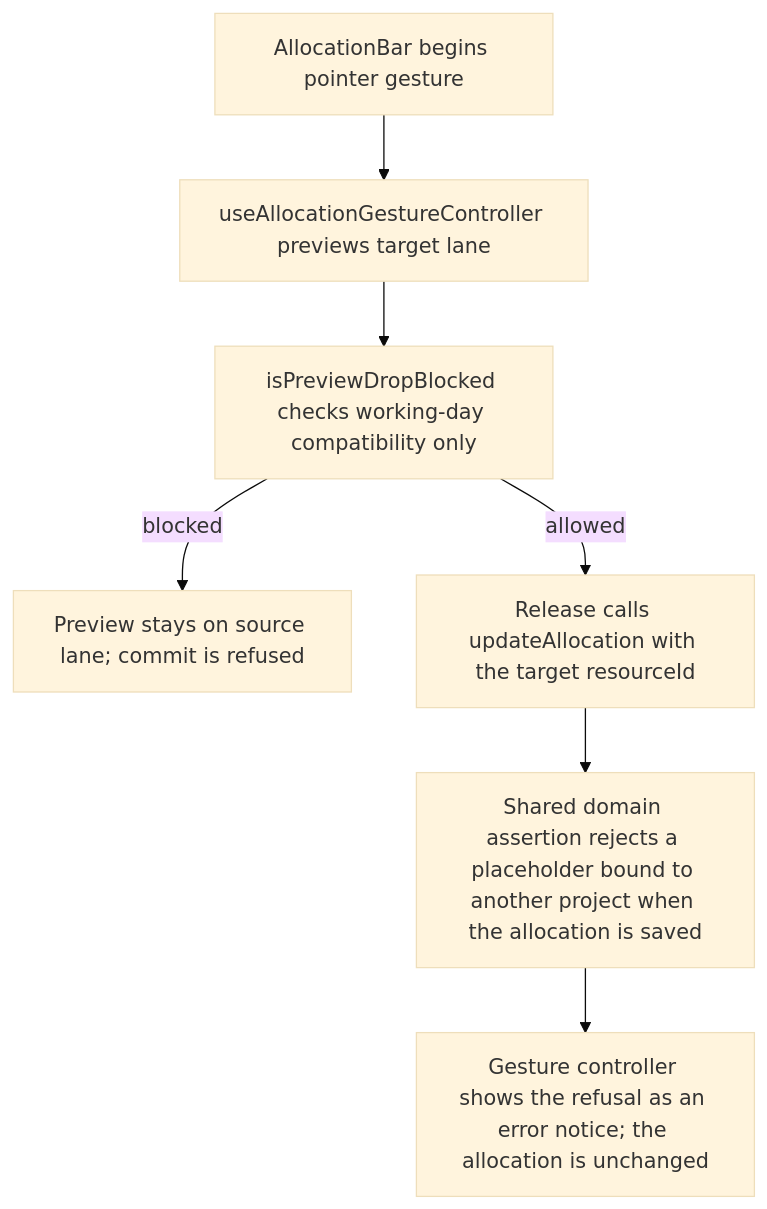
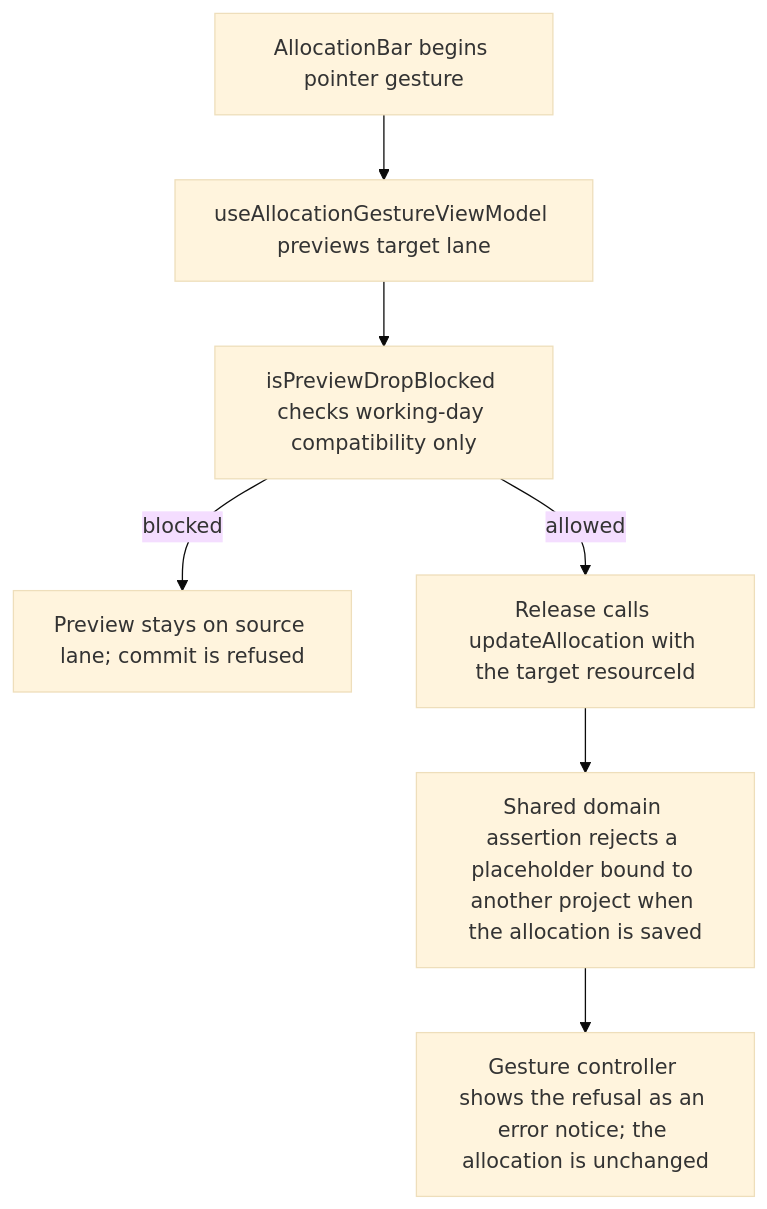
Before and after one commit to Kevinjohn/capacitylens: the second of 2 diagrams in user-stories/scheduler/US-SCH-07-placeholder-reassign-reject.md, drawn with Mermaid (base theme). The commit also changed other lines of this file and 33 other files, not shown here.

First line of the commit message:
Controller to view model: rename the screen hooks

````diff
--- a/user-stories/scheduler/US-SCH-07-placeholder-reassign-reject.md
+++ b/user-stories/scheduler/US-SCH-07-placeholder-reassign-reject.md
@@ -33,9 +33,9 @@
 ```mermaid
 flowchart TD
-  A["AllocationBar begins pointer gesture"] --> B["useAllocationGestureController previews target lane"]
+  A["AllocationBar begins pointer gesture"] --> B["useAllocationGestureViewModel previews target lane"]
   B --> C["isPreviewDropBlocked checks working-day compatibility only"]
   C -->|blocked| D["Preview stays on source lane; commit is refused"]
   C -->|allowed| E["Release calls updateAllocation with the target resourceId"]
   E --> F["Shared domain assertion rejects a placeholder bound to another project when the allocation is saved"]
   F --> G["Gesture controller shows the refusal as an error notice; the allocation is unchanged"]
 ```
````
